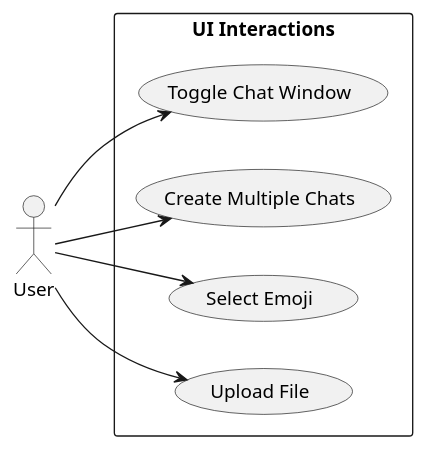
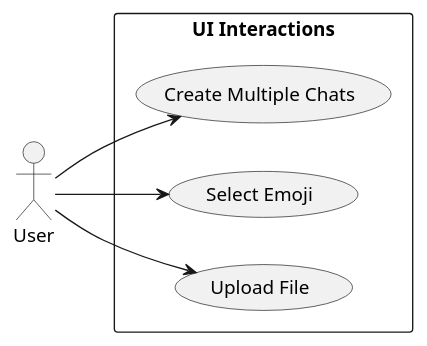
Before and after one commit to user5427/human-benchmark-PSI-2: the diagram in Documentation/LatexLab3/PlantUML/UseCaseDiagrams/UIInteractions.puml, drawn with PlantUML. The commit also changed 1 other file, not shown here.

```diff
--- a/Documentation/LatexLab3/PlantUML/UseCaseDiagrams/UIInteractions.puml
+++ b/Documentation/LatexLab3/PlantUML/UseCaseDiagrams/UIInteractions.puml
@@ -1,17 +1,15 @@
 @startuml UIInteractionsPackage
 left to right direction
 actor User
 
 rectangle "UI Interactions" {
-  (Toggle Chat Window) as toggle
   (Create Multiple Chats) as openChats
   (Select Emoji) as emoji
   (Upload File) as upload
 
-  User --> toggle
   User --> openChats
   User --> emoji
   User --> upload
 
 }
 @enduml
```
